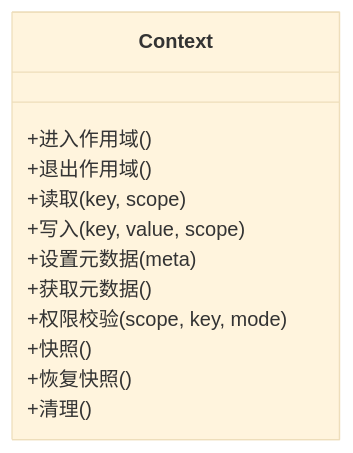
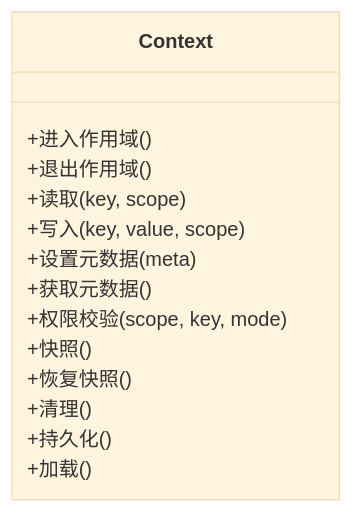
Before and after one commit to PengFan001/Jirin: the third of 8 diagrams in .qoder/repowiki/zh/content/核心架构设计/上下文处理机制.md, drawn with Mermaid (base theme). The commit also changed other lines of this file and 20 other files, not shown here.

````diff
--- a/.qoder/repowiki/zh/content/核心架构设计/上下文处理机制.md
+++ b/.qoder/repowiki/zh/content/核心架构设计/上下文处理机制.md
@@ -153,15 +167,17 @@
 ```mermaid
 classDiagram
 class Context {
 +进入作用域()
 +退出作用域()
 +读取(key, scope)
 +写入(key, value, scope)
 +设置元数据(meta)
 +获取元数据()
 +权限校验(scope, key, mode)
 +快照()
 +恢复快照()
 +清理()
++持久化()
++加载()
 }
 ```
````
